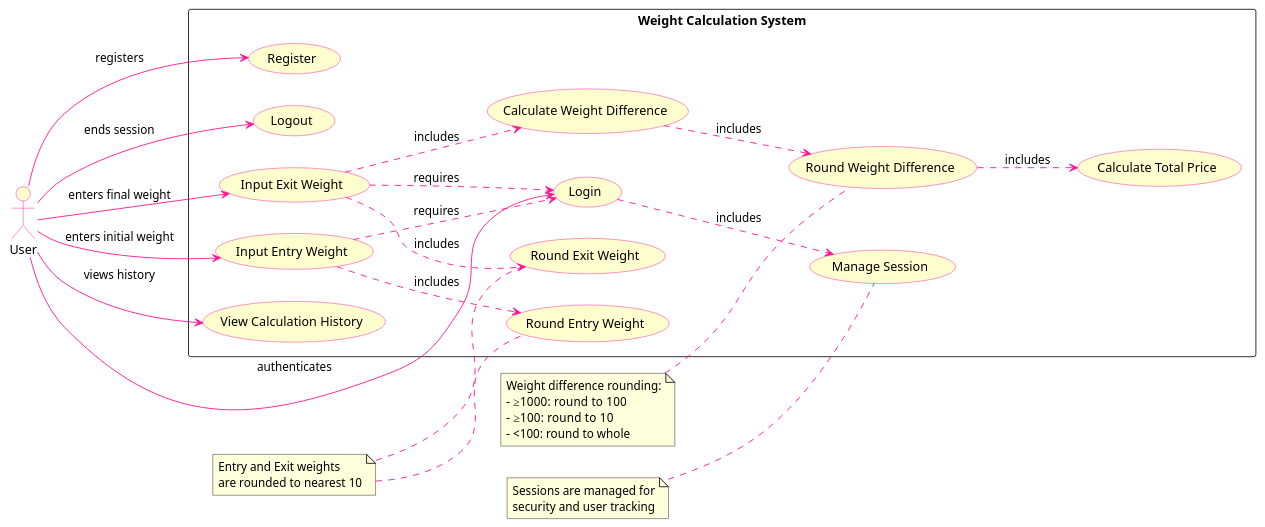
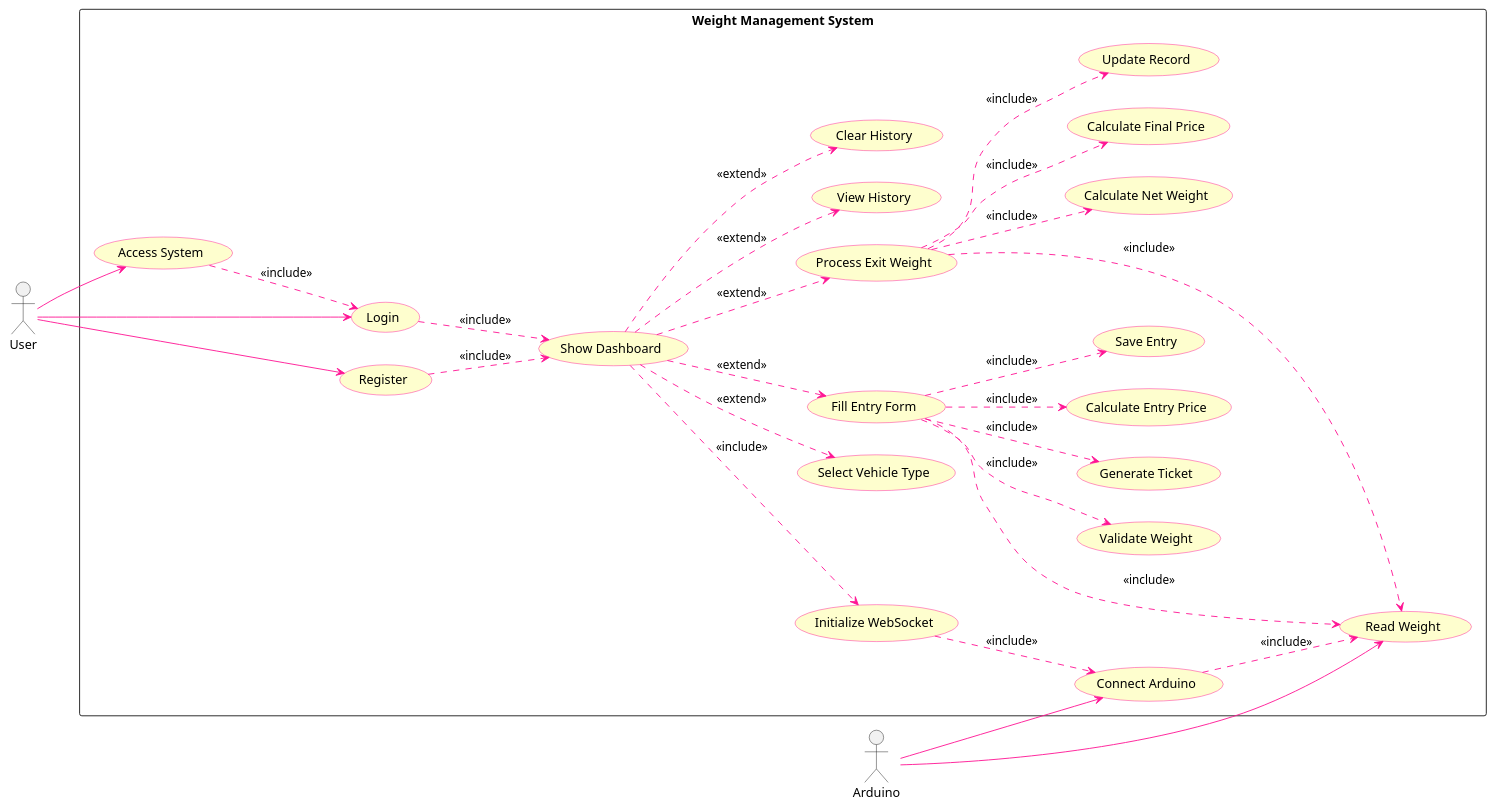
Before and after one commit to MasRama/dan-weight: the diagram in diagram/use-case.puml, drawn with PlantUML. The commit also changed 4 other files, not shown here.

```diff
--- a/diagram/use-case.puml
+++ b/diagram/use-case.puml
@@ -1,65 +1,84 @@
 @startuml
 
 skinparam usecase {
     BackgroundColor #FEFECE
     BorderColor DeepPink
     ArrowColor DeepPink
-    ActorBorderColor DeepPink
-    ActorFontColor DeepPink
-}
-
-skinparam actor {
-    BackgroundColor #FEFECE
-    BorderColor DeepPink
 }
 
 left to right direction
 
 actor "User" as user
+actor "Arduino" as arduino
 
-rectangle "Weight Calculation System" {
-    usecase "Login" as UC1
-    usecase "Register" as UC2
-    usecase "Logout" as UC3
-    usecase "Input Entry Weight" as UC4
-    usecase "Input Exit Weight" as UC5
-    usecase "View Calculation History" as UC6
-    usecase "Calculate Weight Difference" as UC7
-    usecase "Calculate Total Price" as UC8
-    usecase "Manage Session" as UC9
-    usecase "Round Entry Weight" as UC10
-    usecase "Round Exit Weight" as UC11
-    usecase "Round Weight Difference" as UC12
-    
-    ' User relationships
-    user --> UC1 : authenticates
-    user --> UC2 : registers
-    user --> UC3 : ends session
-    user --> UC4 : enters initial weight
-    user --> UC5 : enters final weight
-    user --> UC6 : views history
+rectangle "Weight Management System" {
+    ' Authentication
+    usecase "Access System" as UC1
+    usecase "Login" as UC2
+    usecase "Register" as UC3
+    usecase "Show Dashboard" as UC4
 
-    ' System relationships
-    UC4 ..> UC10 : includes
-    UC5 ..> UC11 : includes
-    UC5 ..> UC7 : includes
-    UC7 ..> UC12 : includes
-    UC12 ..> UC8 : includes
-    UC1 ..> UC9 : includes
-    
-    ' Extended relationships
-    UC4 ..> UC1 : requires
-    UC5 ..> UC1 : requires
+    ' Arduino Connection
+    usecase "Initialize WebSocket" as UC5
+    usecase "Connect Arduino" as UC6
+    usecase "Read Weight" as UC7
+
+    ' Entry Process
+    usecase "Select Vehicle Type" as UC8
+    usecase "Fill Entry Form" as UC9
+    usecase "Validate Weight" as UC10
+    usecase "Generate Ticket" as UC11
+    usecase "Calculate Entry Price" as UC12
+    usecase "Save Entry" as UC13
+
+    ' Exit Process
+    usecase "Process Exit Weight" as UC14
+    usecase "Calculate Net Weight" as UC15
+    usecase "Calculate Final Price" as UC16
+    usecase "Update Record" as UC17
+
+    ' History Management
+    usecase "View History" as UC18
+    usecase "Clear History" as UC19
 }
 
-note "Entry and Exit weights\nare rounded to nearest 10" as N1
-N1 .. UC10
-N1 .. UC11
+' User Relationships - Only direct access to system and auth
+user --> UC1
+user --> UC2
+user --> UC3
 
-note "Weight difference rounding:\n- ≥1000: round to 100\n- ≥100: round to 10\n- <100: round to whole" as N2
-N2 .. UC12
+' Arduino Relationships
+arduino --> UC6
+arduino --> UC7
 
-note "Sessions are managed for\nsecurity and user tracking" as N3
-N3 .. UC9
+' Authentication Flow
+UC1 ..> UC2 : <<include>>
+UC2 ..> UC4 : <<include>>
+UC3 ..> UC4 : <<include>>
+
+' Dashboard Access Requirements
+UC4 ..> UC5 : <<include>>
+UC4 ..> UC8 : <<extend>>
+UC4 ..> UC9 : <<extend>>
+UC4 ..> UC14 : <<extend>>
+UC4 ..> UC18 : <<extend>>
+UC4 ..> UC19 : <<extend>>
+
+' Arduino Connection Flow
+UC5 ..> UC6 : <<include>>
+UC6 ..> UC7 : <<include>>
+
+' Entry Process Flow
+UC9 ..> UC7 : <<include>>
+UC9 ..> UC10 : <<include>>
+UC9 ..> UC11 : <<include>>
+UC9 ..> UC12 : <<include>>
+UC9 ..> UC13 : <<include>>
+
+' Exit Process Flow
+UC14 ..> UC7 : <<include>>
+UC14 ..> UC15 : <<include>>
+UC14 ..> UC16 : <<include>>
+UC14 ..> UC17 : <<include>>
 
 @enduml
```
